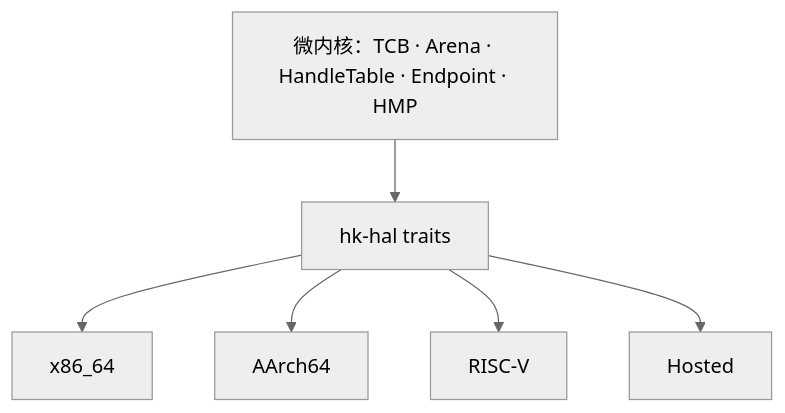
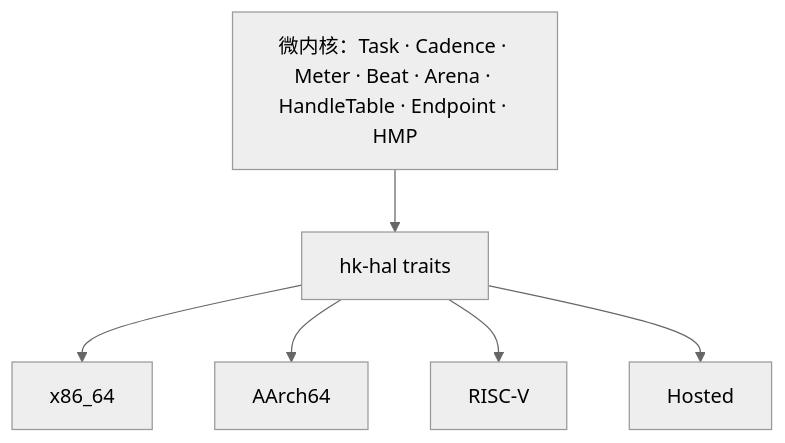
Before and after one commit to hongweifei/HolyKernel: the diagram in docs/platforms.md, drawn with Mermaid (neutral theme). The commit also changed other lines of this file and 30 other files, not shown here.

````diff
--- a/docs/platforms.md
+++ b/docs/platforms.md
@@ -43,14 +43,14 @@
 ```mermaid
 flowchart TB
-    Core["微内核：TCB · Arena · HandleTable · Endpoint · HMP"]
+    Core["微内核：Task · Cadence · Meter · Beat · Arena · HandleTable · Endpoint · HMP"]
     HAL["hk-hal traits"]
     X["x86_64"]
     A["AArch64"]
     R["RISC-V"]
     H["Hosted"]
     Core --> HAL
     HAL --> X
     HAL --> A
     HAL --> R
     HAL --> H
 ```
````
